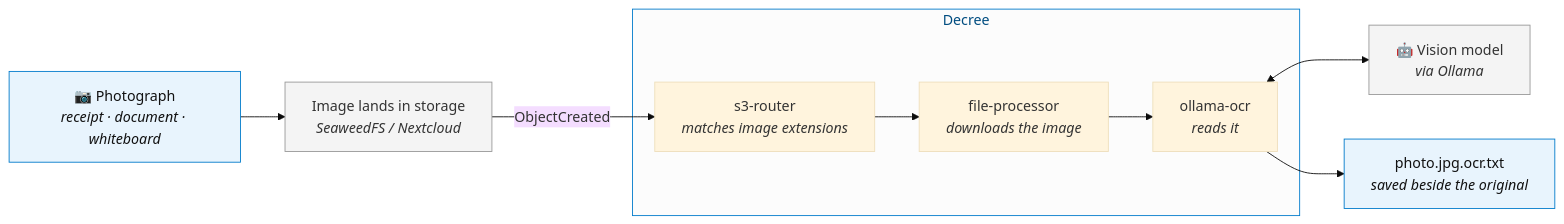
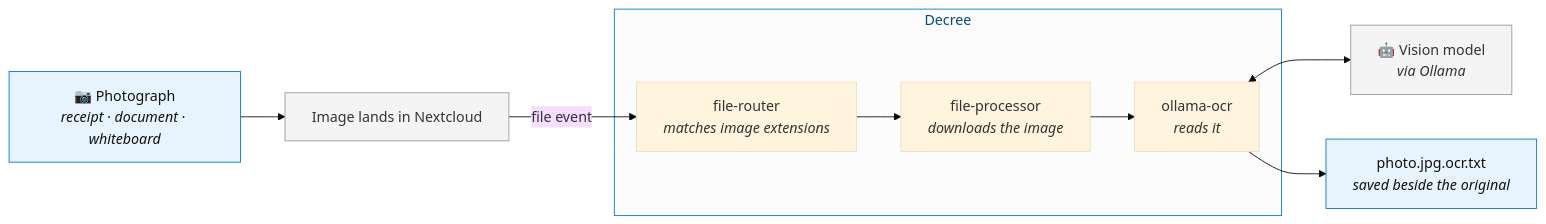
One commit to jtmckay/existential changed the diagram in site/docs/flows/image-ocr.md. Above: the diagram before and after it, drawn with Mermaid (base theme). The commit also changed other lines of this file and 116 other files, not shown here.

````diff
--- a/site/docs/flows/image-ocr.md
+++ b/site/docs/flows/image-ocr.md
@@ -13,26 +13,26 @@
 ```mermaid
 flowchart LR
     cam["📷 Photograph<br/><i>receipt · document · whiteboard</i>"]
-    land["Image lands in storage<br/><i>SeaweedFS / Nextcloud</i>"]
+    land["Image lands in Nextcloud"]
 
     subgraph decree["Decree"]
-        route["s3-router<br/><i>matches image extensions</i>"]
+        route["file-router<br/><i>matches image extensions</i>"]
         proc["file-processor<br/><i>downloads the image</i>"]
         ocr["ollama-ocr<br/><i>reads it</i>"]
         route --> proc --> ocr
     end
 
     vision["🤖 Vision model<br/><i>via Ollama</i>"]
     out["photo.jpg.ocr.txt<br/><i>saved beside the original</i>"]
 
     cam --> land
-    land -->|"ObjectCreated"| route
+    land -->|"file event"| route
     ocr <--> vision
     ocr --> out
 
     classDef you fill:#e8f4fd,stroke:#027bcb,color:#111
     classDef step fill:#f4f4f4,stroke:#999,color:#333
     class cam,out you
     class land,vision step
     style decree fill:#fcfcfc,stroke:#027bcb,stroke-width:1px,color:#014d80
 ```
````
